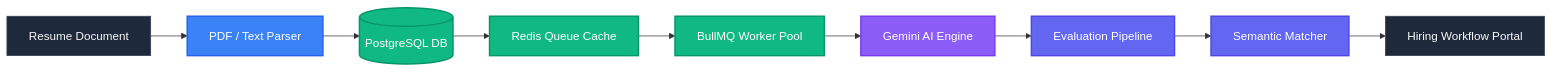
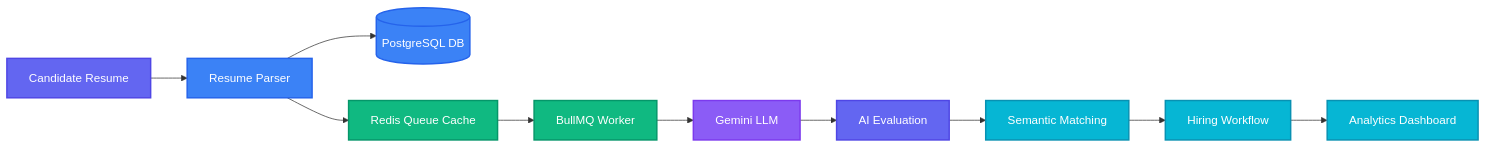
The second of 7 diagrams in README.md (Basharameez/my-portfolio), drawn with Mermaid before and after one commit. The commit also changed other lines of this file, not shown here.

````diff
--- a/README.md
+++ b/README.md
@@ -138,17 +225,18 @@
 ```mermaid
 flowchart LR
     classDef indigo fill:#6366F1,stroke:#4F46E5,color:#FFFFFF,stroke-width:2px;
     classDef violet fill:#8B5CF6,stroke:#7C3AED,color:#FFFFFF,stroke-width:2px;
     classDef blue fill:#3B82F6,stroke:#2563EB,color:#FFFFFF,stroke-width:2px;
     classDef emerald fill:#10B981,stroke:#059669,color:#FFFFFF,stroke-width:2px;
-    classDef dark fill:#1E293B,stroke:#334155,color:#F8FAFC,stroke-width:1px;
+    classDef cyan fill:#06B6D4,stroke:#0891B2,color:#FFFFFF,stroke-width:2px;
 
-    A[Resume Document]:::dark --> B[PDF / Text Parser]:::blue
-    B --> C[(PostgreSQL DB)]:::emerald
-    C --> D[Redis Queue Cache]:::emerald
-    D --> E[BullMQ Worker Pool]:::emerald
-    E --> F[Gemini AI Engine]:::violet
-    F --> G[Evaluation Pipeline]:::indigo
-    G --> H[Semantic Matcher]:::indigo
-    H --> I[Hiring Workflow Portal]:::dark
+    A[Candidate Resume]:::indigo --> B[Resume Parser]:::blue
+    B --> C[(PostgreSQL DB)]:::blue
+    B --> D[Redis Queue Cache]:::emerald
+    D --> E[BullMQ Worker]:::emerald
+    E --> F[Gemini LLM]:::violet
+    F --> G[AI Evaluation]:::indigo
+    G --> H[Semantic Matching]:::cyan
+    H --> I[Hiring Workflow]:::cyan
+    I --> J[Analytics Dashboard]:::cyan
 ```
````
